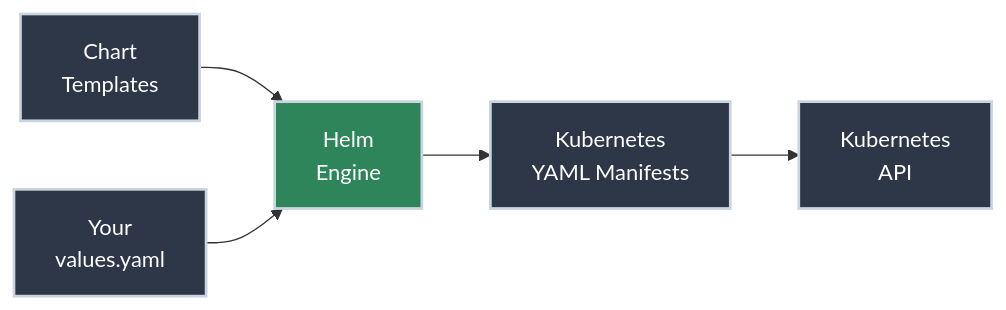
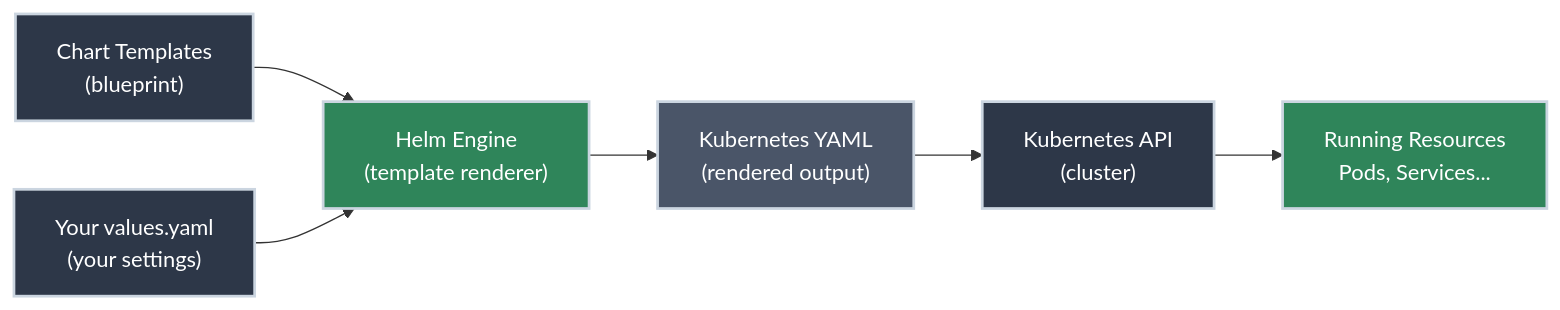
The first of 3 diagrams in docs/day_one/helm/understanding.md (bradpenney/exploring_kubernetes), drawn with Mermaid before and after one commit. The commit also changed other lines of this file and 15 other files, not shown here.

````diff
--- a/docs/day_one/helm/understanding.md
+++ b/docs/day_one/helm/understanding.md
@@ -36,13 +27,22 @@
 ```mermaid
 graph LR
-    Chart[Chart<br/>Templates] --> Engine[Helm<br/>Engine]
-    Values[Your<br/>values.yaml] --> Engine
-    Engine --> Manifests[Kubernetes<br/>YAML Manifests]
-    Manifests --> API[Kubernetes<br/>API]
+    Chart["Chart Templates<br/>(blueprint)"]
+    Values["Your values.yaml<br/>(your settings)"]
+    Engine["Helm Engine<br/>(template renderer)"]
+    Manifests["Kubernetes YAML<br/>(rendered output)"]
+    API["Kubernetes API<br/>(cluster)"]
+    Running["Running Resources<br/>Pods, Services..."]
+
+    Chart --> Engine
+    Values --> Engine
+    Engine --> Manifests
+    Manifests --> API
+    API --> Running
 
     style Chart fill:#2d3748,stroke:#cbd5e0,stroke-width:2px,color:#fff
     style Values fill:#2d3748,stroke:#cbd5e0,stroke-width:2px,color:#fff
     style Engine fill:#2f855a,stroke:#cbd5e0,stroke-width:2px,color:#fff
-    style Manifests fill:#2d3748,stroke:#cbd5e0,stroke-width:2px,color:#fff
+    style Manifests fill:#4a5568,stroke:#cbd5e0,stroke-width:2px,color:#fff
     style API fill:#2d3748,stroke:#cbd5e0,stroke-width:2px,color:#fff
+    style Running fill:#2f855a,stroke:#cbd5e0,stroke-width:2px,color:#fff
 ```
````
